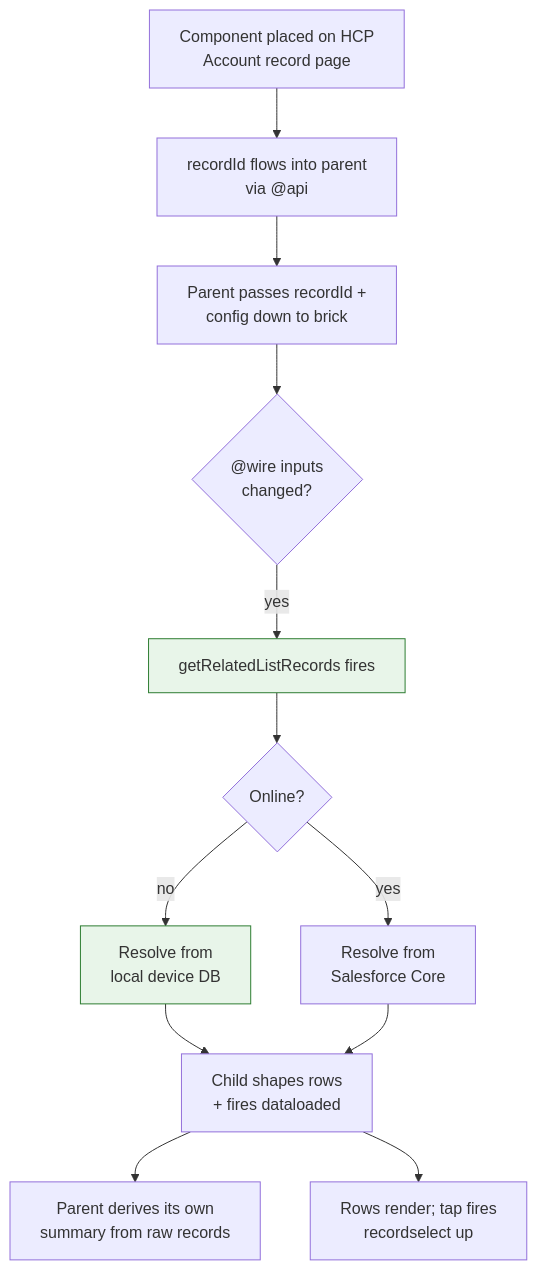
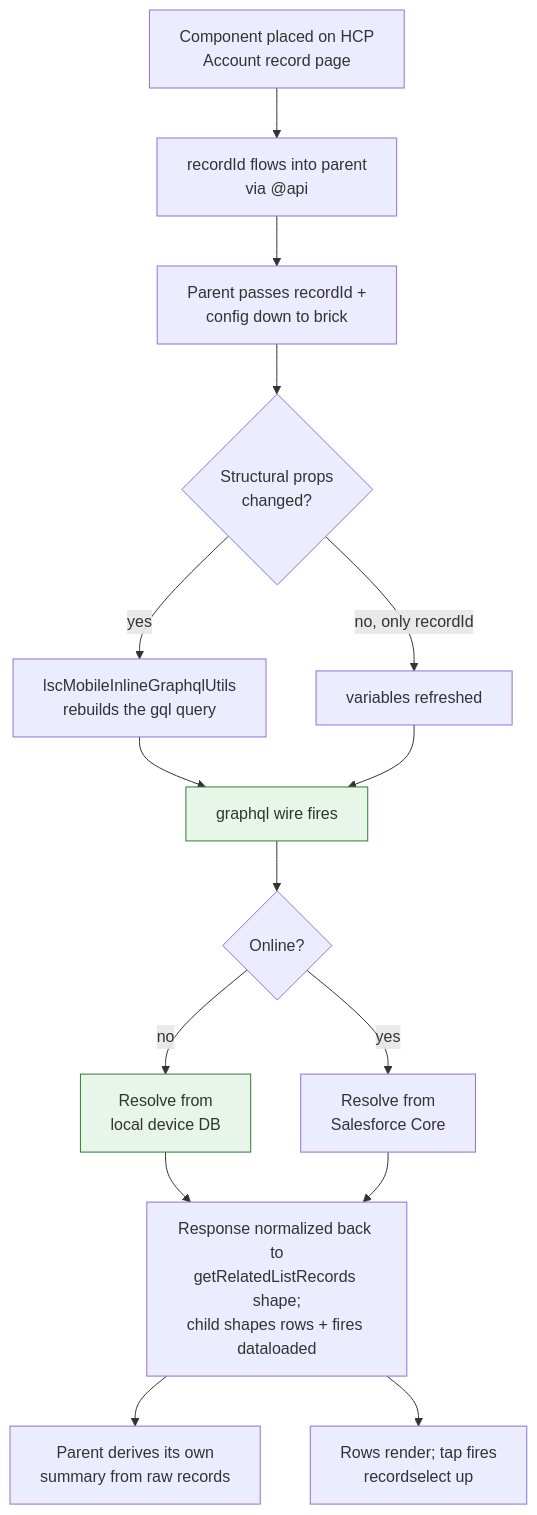
The fifth of 5 diagrams in README.md (afls-ideas/lsc-mobile-inline-composable-lwc), drawn with Mermaid before and after one commit. The commit also changed other lines of this file and 17 other files, not shown here.

First line of the commit message:
Migrate related-list/timeline bricks to GraphQL wire adapter

````diff
--- a/README.md
+++ b/README.md
@@ -268,17 +276,20 @@
 ```mermaid
 flowchart TD
     A["Component placed on HCP<br/>Account record page"] --> B["recordId flows into parent<br/>via @api"]
     B --> C["Parent passes recordId +<br/>config down to brick"]
-    C --> D{"@wire inputs<br/>changed?"}
-    D -->|yes| E["getRelatedListRecords fires"]
+    C --> D{"Structural props<br/>changed?"}
+    D -->|yes| E2["lscMobileInlineGraphqlUtils<br/>rebuilds the gql query"]
+    D -->|no, only recordId| E3["variables refreshed"]
+    E2 --> E["graphql wire fires"]
+    E3 --> E
     E --> F{"Online?"}
     F -->|no| G["Resolve from<br/>local device DB"]
     F -->|yes| H["Resolve from<br/>Salesforce Core"]
-    G --> I["Child shapes rows<br/>+ fires dataloaded"]
+    G --> I["Response normalized back to<br/>getRelatedListRecords shape;<br/>child shapes rows + fires dataloaded"]
     H --> I
     I --> J["Parent derives its own<br/>summary from raw records"]
     I --> K["Rows render; tap fires<br/>recordselect up"]
 
     style E fill:#e8f5e9,stroke:#2e7d32
     style G fill:#e8f5e9,stroke:#2e7d32
 ```
````
